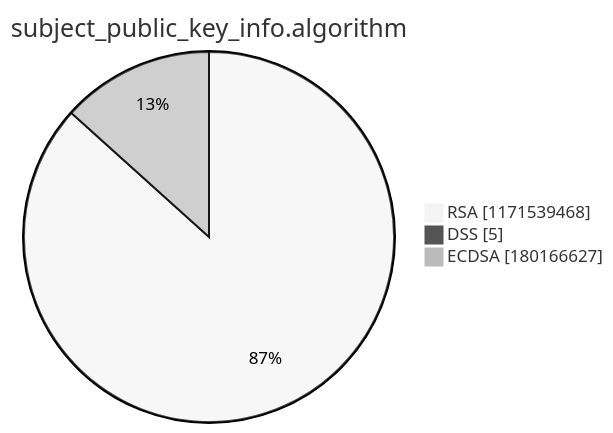
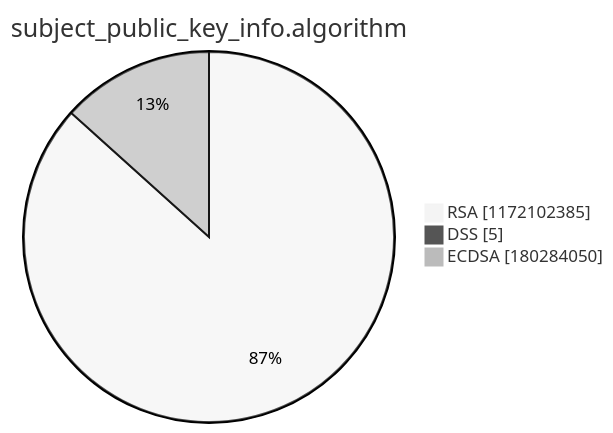
The third of 15 diagrams in argon2022/README.md (christiankrug/ctmonitor_visualization), drawn with Mermaid (neutral theme) before and after one commit. The commit also changed other lines of this file, not shown here.

````diff
--- a/argon2022/README.md
+++ b/argon2022/README.md
@@ -14,7 +14,7 @@
 ```mermaid
 pie showData
 title subject_public_key_info.algorithm
-"RSA" :1171539468
+"RSA" :1172102385
 "DSS" :5
-"ECDSA" :180166627
+"ECDSA" :180284050
 ```
````
